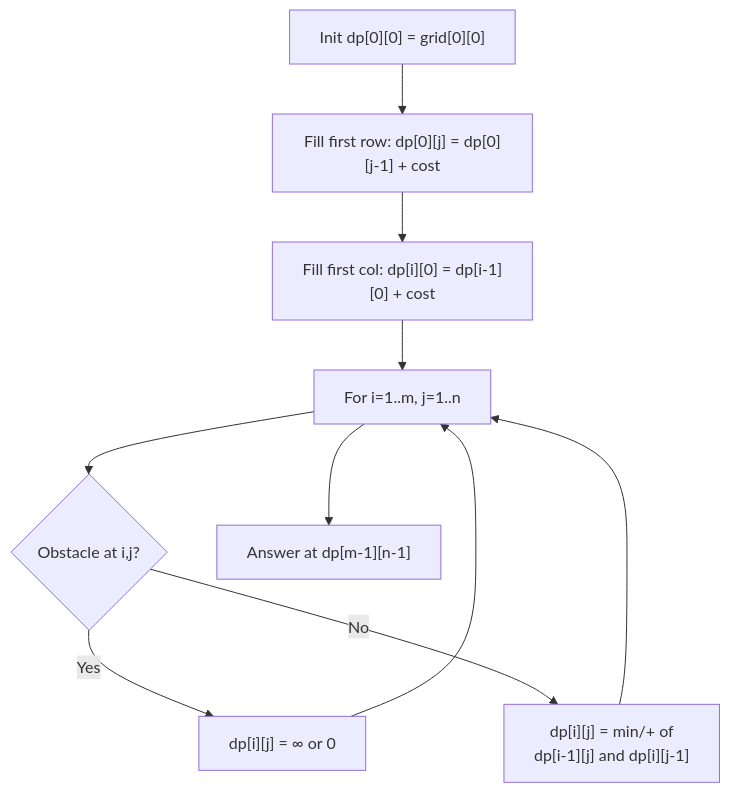
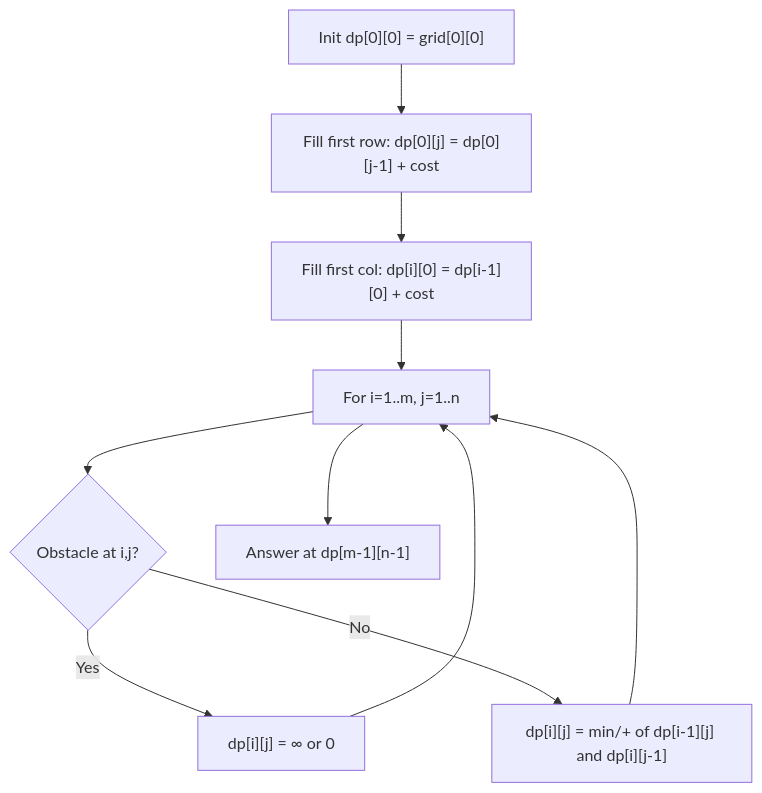
One commit to deepanshu-rawat6/AlgoAtlas changed the third of 6 diagrams in 2d_dp/README.md. Above: the diagram before and after it, drawn with Mermaid. The commit also changed other lines of this file and 13 other files, not shown here.

````diff
--- a/2d_dp/README.md
+++ b/2d_dp/README.md
@@ -68,12 +68,12 @@
 ```mermaid
 flowchart TD
     A["Init dp[0][0] = grid[0][0]"] --> B["Fill first row: dp[0][j] = dp[0][j-1] + cost"]
     B --> C["Fill first col: dp[i][0] = dp[i-1][0] + cost"]
     C --> D["For i=1..m, j=1..n"]
     D --> E{"Obstacle at i,j?"}
     E -->|Yes| F["dp[i][j] = ∞ or 0"]
-    E -->|No| G["dp[i][j] = min/+ of<br>dp[i-1][j] and dp[i][j-1]"]
+    E -->|No| G["dp[i][j] = min/+ of dp[i-1][j] and dp[i][j-1]"]
     G --> D
     F --> D
     D --> H["Answer at dp[m-1][n-1]"]
 ```
````
